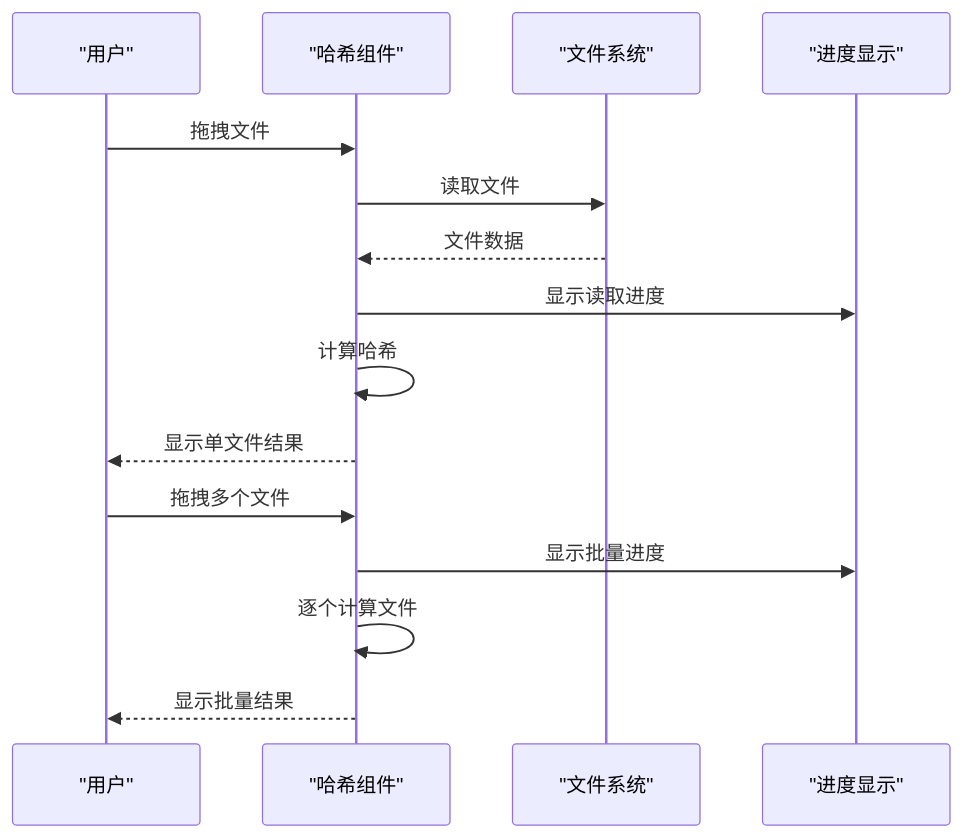
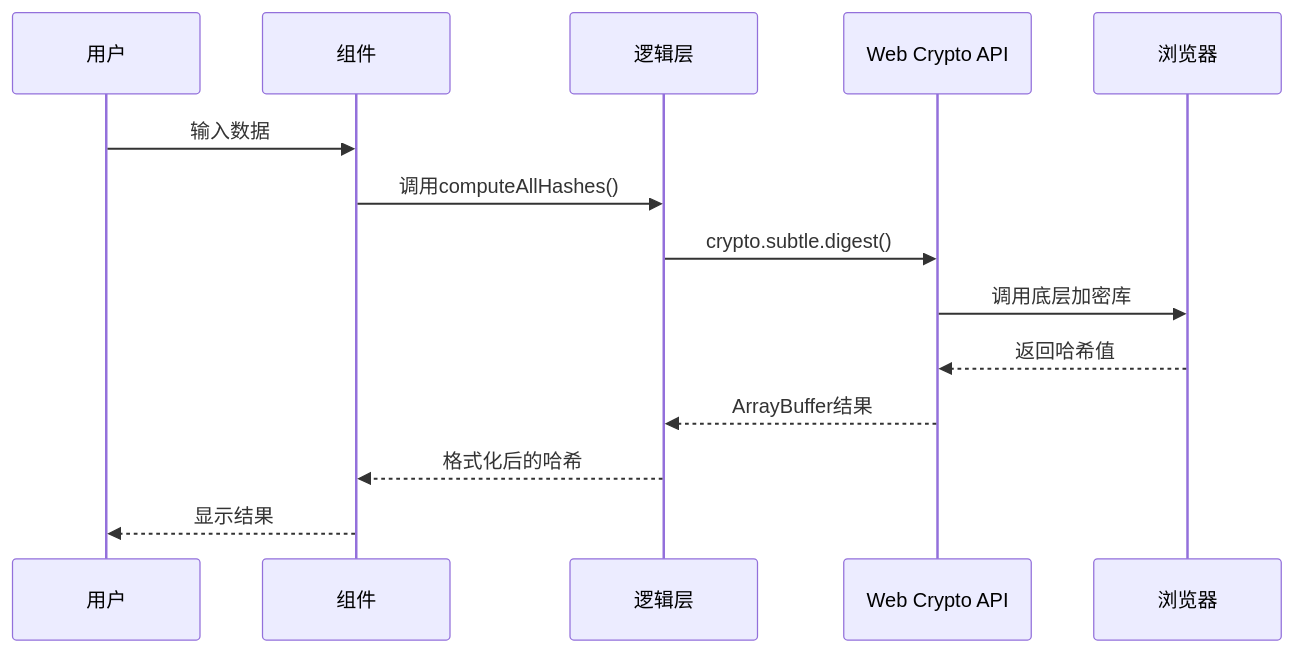
Before and after one commit to sgyy/privadeck: the fifth of 6 diagrams in .qoder/repowiki/zh/content/开发者工具/哈希生成工具.md, drawn with Mermaid. The commit also changed other lines of this file and 23 other files, not shown here.

````diff
--- a/.qoder/repowiki/zh/content/开发者工具/哈希生成工具.md
+++ b/.qoder/repowiki/zh/content/开发者工具/哈希生成工具.md
@@ -366,17 +195,16 @@
 ```mermaid
 sequenceDiagram
-participant 用户 as "用户"
-participant 组件 as "哈希组件"
-participant 文件系统 as "文件系统"
-participant 进度条 as "进度显示"
-用户->>组件 : 拖拽文件
-组件->>文件系统 : 读取文件
-文件系统-->>组件 : 文件数据
-组件->>进度条 : 显示读取进度
-组件->>组件 : 计算哈希
-组件-->>用户 : 显示单文件结果
-用户->>组件 : 拖拽多个文件
-组件->>进度条 : 显示批量进度
-组件->>组件 : 逐个计算文件
-组件-->>用户 : 显示批量结果
+participant User as 用户
+participant Component as 组件
+participant Logic as 逻辑层
+participant WebCrypto as Web Crypto API
+participant Browser as 浏览器
+User->>Component : 输入数据
+Component->>Logic : 调用computeAllHashes()
+Logic->>WebCrypto : crypto.subtle.digest()
+WebCrypto->>Browser : 调用底层加密库
+Browser-->>WebCrypto : 返回哈希值
+WebCrypto-->>Logic : ArrayBuffer结果
+Logic-->>Component : 格式化后的哈希
+Component-->>User : 显示结果
 ```
````
